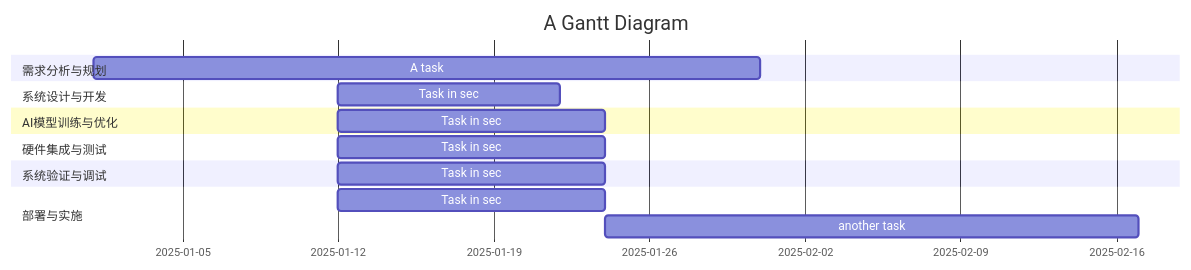
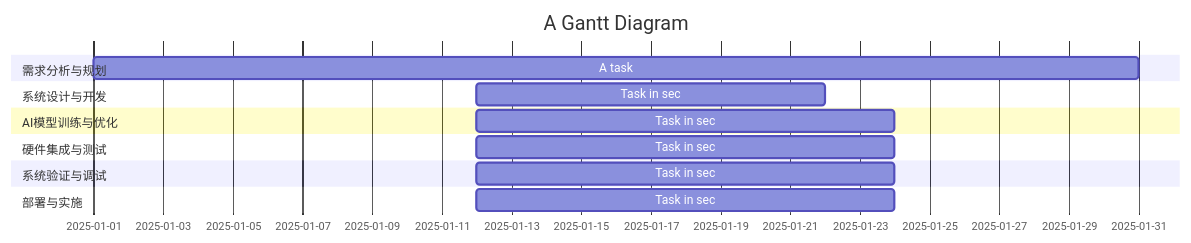
Before and after one commit to libobo6/iodraw-files: the diagram in all/代码甘特图.md, drawn with Mermaid.

Commit message:
2025-01-14 10:55:32 update

````diff
--- a/all/代码甘特图.md
+++ b/all/代码甘特图.md
@@ -1,18 +1,17 @@
 ```mermaid
 gantt
     title A Gantt Diagram
     dateFormat  YYYY-MM-DD
     section 需求分析与规划
-    A task           :a1, 2025-01-01, 30d
+    A task           :2025-01-01, 30d
     section 系统设计与开发
     Task in sec      :2025-01-12  , 10d
     section AI模型训练与优化
     Task in sec      :2025-01-12  , 12d
     section 硬件集成与测试
     Task in sec      :2025-01-12  , 12d
     section 系统验证与调试
     Task in sec      :2025-01-12  , 12d
     section 部署与实施
     Task in sec      :2025-01-12  , 12d
-    another task      : 24d
 ```
````
